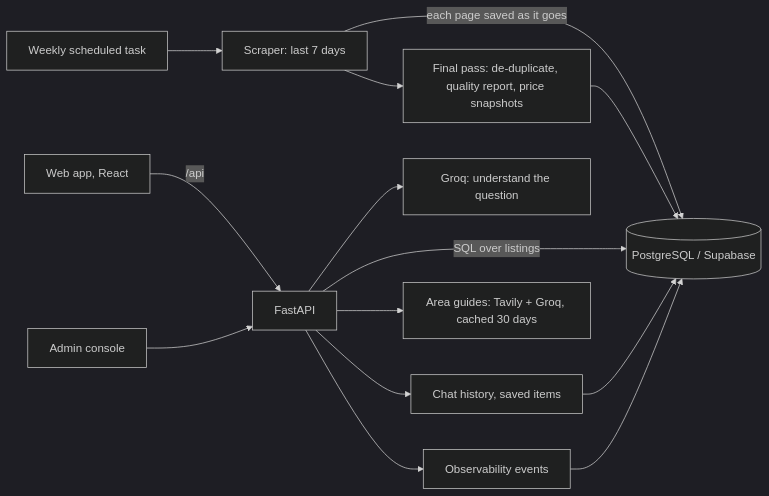
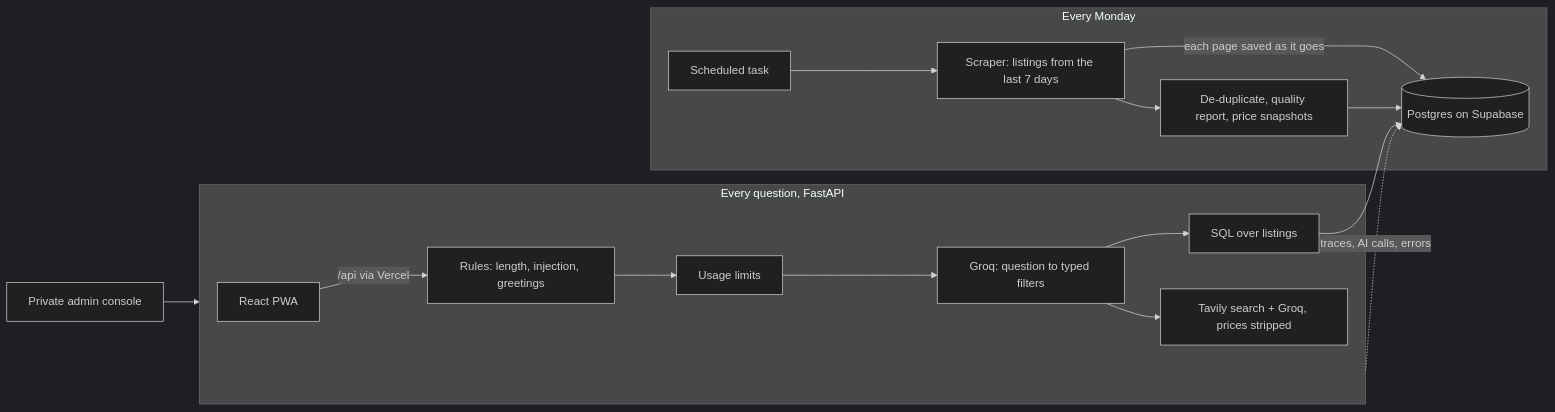
Before and after one commit to Jaywestty/Lagos-Rent-Predictor: the diagram in README.md, drawn with Mermaid (dark theme). The commit also changed other lines of this file, not shown here.

````diff
--- a/README.md
+++ b/README.md
@@ -94,16 +97,19 @@
 ```mermaid
 flowchart LR
-    Task[Weekly scheduled task] --> Scraper[Scraper: last 7 days]
-    Scraper -->|each page saved as it goes| DB[(PostgreSQL / Supabase)]
-    Scraper --> Final[Final pass: de-duplicate, quality report, price snapshots]
-    Final --> DB
-    User[Web app, React] -->|/api| API[FastAPI]
-    API --> LLM[Groq: understand the question]
-    API -->|SQL over listings| DB
-    API --> Guides[Area guides: Tavily + Groq, cached 30 days]
-    API --> History[Chat history, saved items]
-    History --> DB
-    API --> Obs[Observability events]
-    Obs --> DB
-    Admin[Admin console] --> API
+    DB[(Postgres on Supabase)]
+    subgraph W [Every Monday]
+        Task[Scheduled task] --> Scraper[Scraper: listings from the last 7 days]
+        Scraper -->|each page saved as it goes| DB
+        Scraper --> Final[De-duplicate, quality report, price snapshots] --> DB
+    end
+    subgraph Q [Every question, FastAPI]
+        User[React PWA] -->|/api via Vercel| Guards[Rules: length, injection, greetings]
+        Guards --> Limits[Usage limits]
+        Limits --> LLM[Groq: question to typed filters]
+        LLM --> SQL[SQL over listings]
+        LLM --> Advice[Tavily search + Groq, prices stripped]
+    end
+    SQL --> DB
+    Q -.->|traces, AI calls, errors| DB
+    Admin[Private admin console] --> Q
 ```
````
